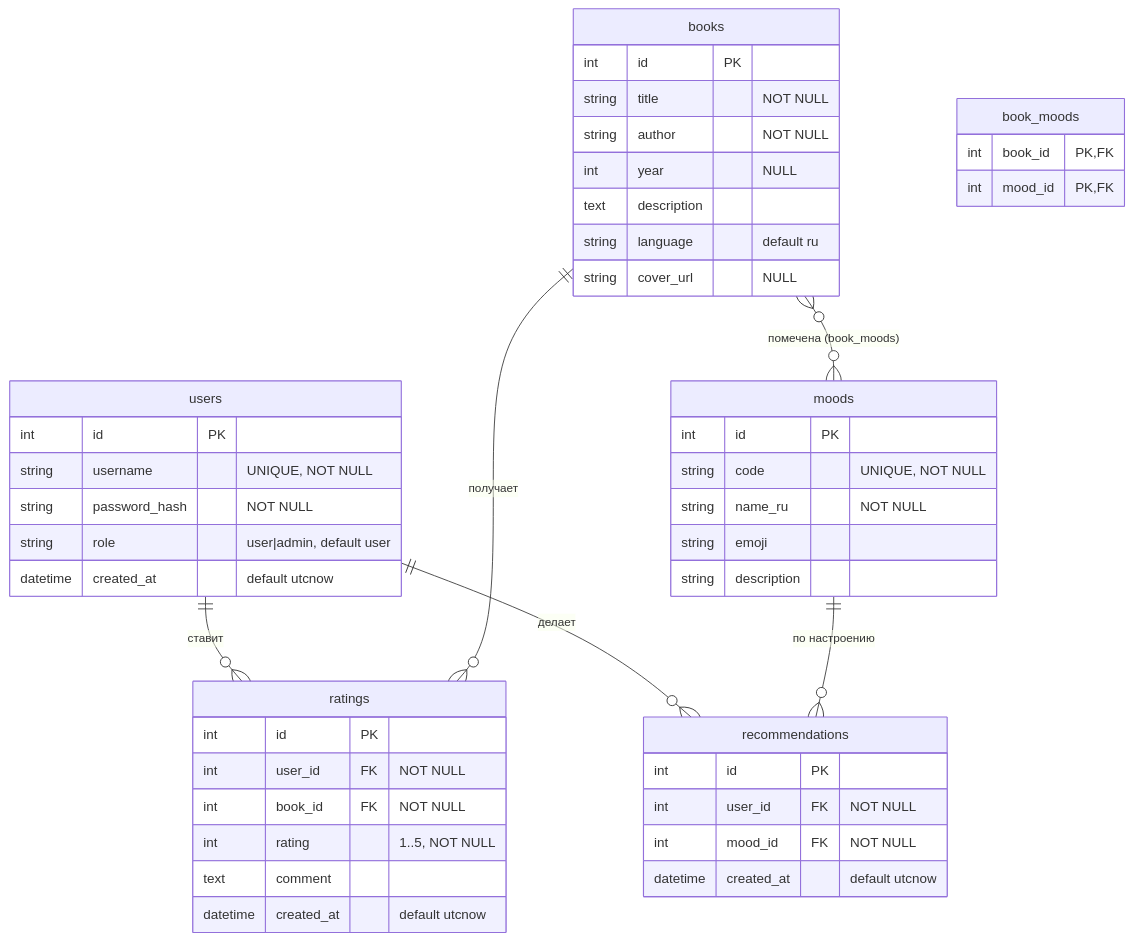
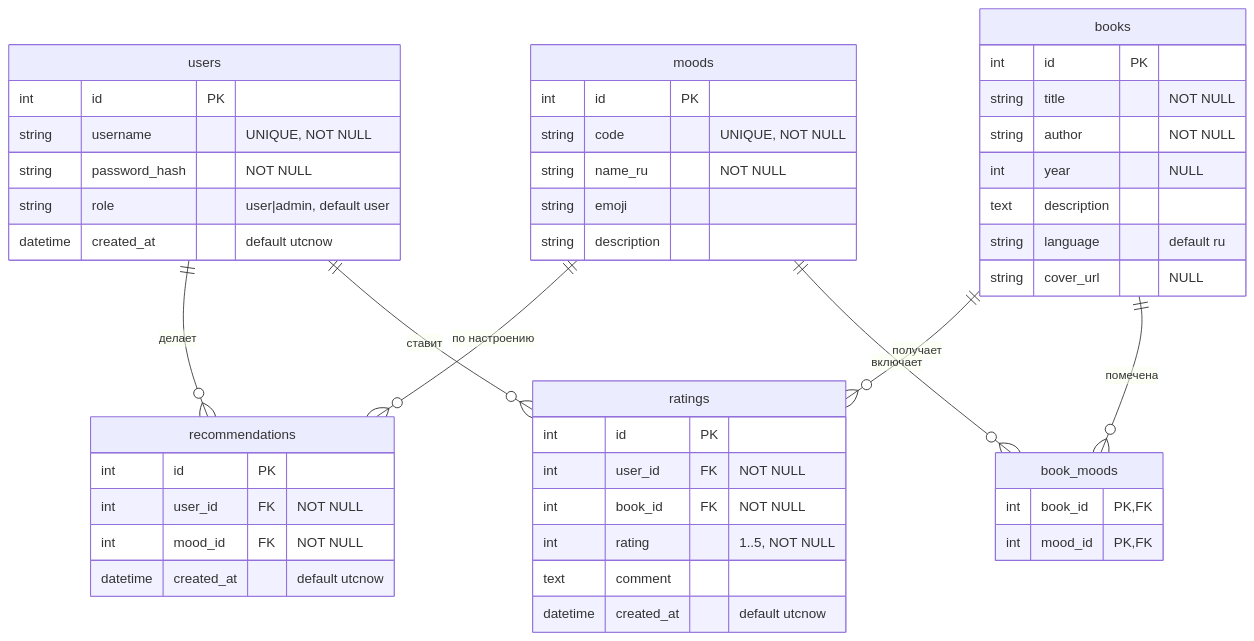
Before and after one commit to AescTurtle/safu_book_recommendations: the diagram in docs/diagrams/erd.md, drawn with Mermaid. The commit also changed other lines of this file and 1 other file, not shown here.

````diff
--- a/docs/diagrams/erd.md
+++ b/docs/diagrams/erd.md
@@ -6,55 +6,56 @@
 ```mermaid
 erDiagram
     users ||--o{ recommendations : "делает"
     moods ||--o{ recommendations : "по настроению"
     users ||--o{ ratings : "ставит"
     books ||--o{ ratings : "получает"
-    books }o--o{ moods : "помечена (book_moods)"
+    books ||--o{ book_moods : "помечена"
+    moods ||--o{ book_moods : "включает"
 
     users {
         int     id PK
         string  username  "UNIQUE, NOT NULL"
         string  password_hash "NOT NULL"
         string  role      "user|admin, default user"
         datetime created_at "default utcnow"
     }
 
     moods {
         int     id PK
         string  code      "UNIQUE, NOT NULL"
         string  name_ru   "NOT NULL"
         string  emoji
         string  description
     }
 
     books {
         int     id PK
         string  title     "NOT NULL"
         string  author    "NOT NULL"
         int     year      "NULL"
         text    description
         string  language  "default ru"
         string  cover_url "NULL"
     }
 
     book_moods {
         int book_id PK,FK
         int mood_id PK,FK
     }
 
     recommendations {
         int     id PK
         int     user_id FK "NOT NULL"
         int     mood_id FK "NOT NULL"
         datetime created_at "default utcnow"
     }
 
     ratings {
         int     id PK
         int     user_id FK "NOT NULL"
         int     book_id FK "NOT NULL"
         int     rating  "1..5, NOT NULL"
         text    comment
         datetime created_at "default utcnow"
     }
 ```
````
